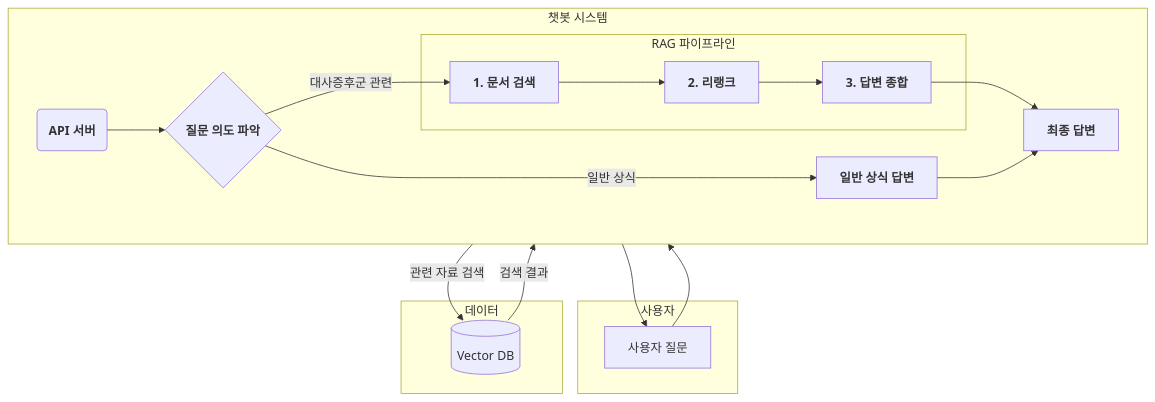
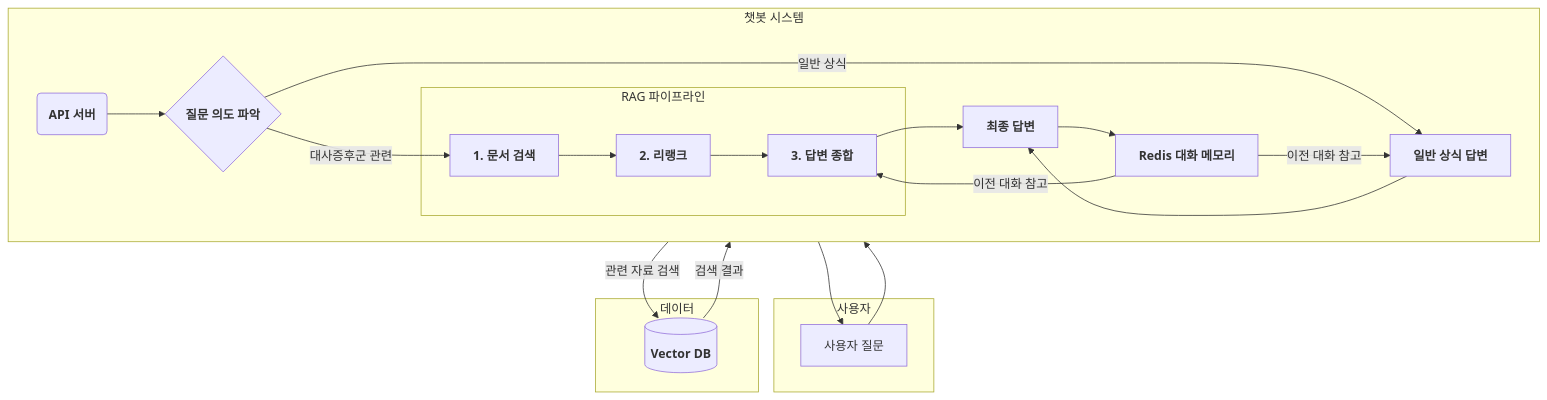
The diagram in README.md (pakyeon/rag-metabolic-syndrome-chatbot), drawn with Mermaid before and after one commit. The commit also changed other lines of this file, not shown here.

````diff
--- a/README.md
+++ b/README.md
@@ -37,34 +36,38 @@
 ```mermaid
 graph TD
     subgraph "사용자"
         Q[사용자 질문]
     end
 
     subgraph "챗봇 시스템"
         A(<b>API 서버</b>)
         B{<B>질문 의도 파악</B>};
+        M[<b>Redis 대화 메모리</b>]
         
         direction LR
         subgraph "RAG 파이프라인"
             C[<B>1. 문서 검색</B>] --> D[<B>2. 리랭크</B>] --> E[<B>3. 답변 종합</B>];
         end
 
         F[<B>일반 상식 답변</B>]
         G[<B>최종 답변</B>]
     end
 
     subgraph "데이터"
-      DB[(Vector DB)]
+      DB[(<B>Vector DB</B>)]
     end
 
     %% --- 연결 관계 ---
     Q --> A;
     A --> B;
     B -- "대사증후군 관련" --> C;
     C -- "관련 자료 검색" --> DB;
     DB -- "검색 결과" --> C
+    M -- "이전 대화 참고" --> E;
     E --> G;
     B -- "일반 상식" --> F;
+    M -- "이전 대화 참고" --> F;
     F --> G;
+    G --> M;
     G --> Q;
 ```
````
